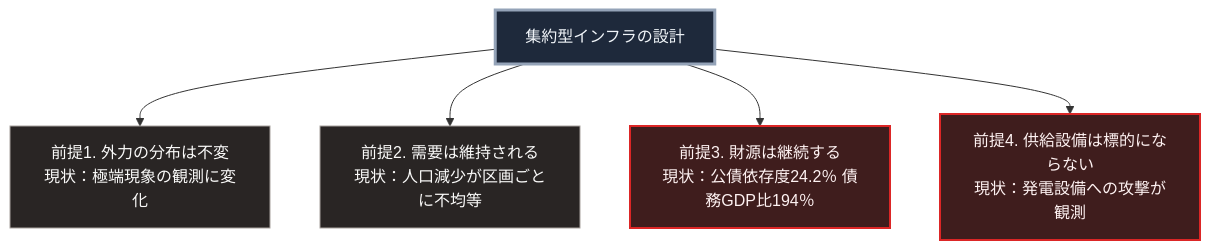
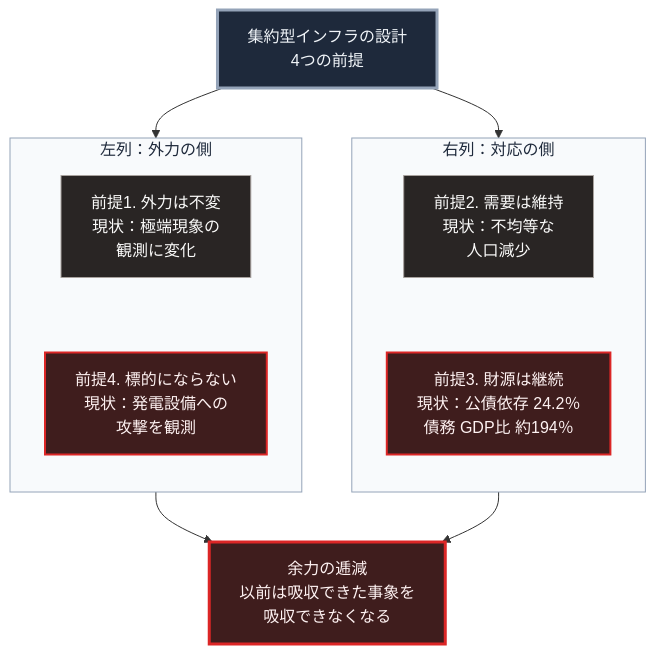
One commit to Takenori-Kusaka/zenn-content changed the diagram in books/sovereign-resilience-blueprint/10_centralized-infrastructure-debt.md. Above: the diagram before and after it, drawn with Mermaid. The commit also changed other lines of this file and 114 other files, not shown here.

````diff
--- a/books/sovereign-resilience-blueprint/10_centralized-infrastructure-debt.md
+++ b/books/sovereign-resilience-blueprint/10_centralized-infrastructure-debt.md
@@ -43,14 +45,25 @@
 ```mermaid
 flowchart TD
-    D[集約型インフラの設計]
-    D --> P1[前提1. 外力の分布は不変<br>現状：極端現象の観測に変化]
-    D --> P2[前提2. 需要は維持される<br>現状：人口減少が区画ごとに不均等]
-    D --> P3[前提3. 財源は継続する<br>現状：公債依存度24.2％ 債務GDP比194％]
-    D --> P4[前提4. 供給設備は標的にならない<br>現状：発電設備への攻撃が観測]
+    D[集約型インフラの設計<br>4つの前提]
+    subgraph G1[左列：外力の側]
+        direction TB
+        P1[前提1. 外力は不変<br>現状：極端現象の<br>観測に変化] ~~~ P4[前提4. 標的にならない<br>現状：発電設備への<br>攻撃を観測]
+    end
+    subgraph G2[右列：対応の側]
+        direction TB
+        P2[前提2. 需要は維持<br>現状：不均等な<br>人口減少] ~~~ P3[前提3. 財源は継続<br>現状：公債依存 24.2％<br>債務 GDP比 約194％]
+    end
+    D --> G1
+    D --> G2
+    G1 --> R[余力の逓減<br>以前は吸収できた事象を<br>吸収できなくなる]
+    G2 --> R
 
     style D fill:#1e293b,stroke:#94a3b8,stroke-width:3px,color:#f1f5f9
     style P1 fill:#292524,stroke:#a8a29e,color:#fafaf9
+    style P4 fill:#3f1d1d,stroke:#dc2626,stroke-width:2px,color:#fef2f2
     style P2 fill:#292524,stroke:#a8a29e,color:#fafaf9
     style P3 fill:#3f1d1d,stroke:#dc2626,stroke-width:2px,color:#fef2f2
-    style P4 fill:#3f1d1d,stroke:#dc2626,stroke-width:2px,color:#fef2f2
+    style R fill:#3f1d1d,stroke:#dc2626,stroke-width:3px,color:#fef2f2
+    style G1 fill:#f8fafc,stroke:#94a3b8,color:#1e293b
+    style G2 fill:#f8fafc,stroke:#94a3b8,color:#1e293b
 ```
````
